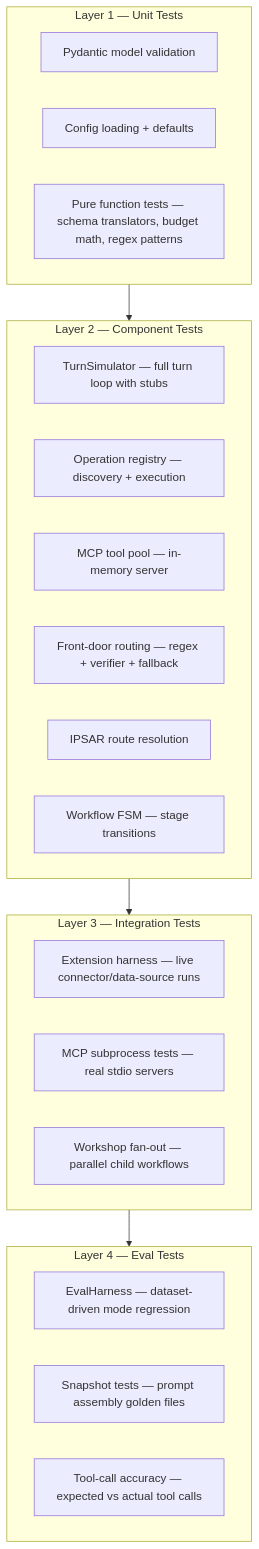
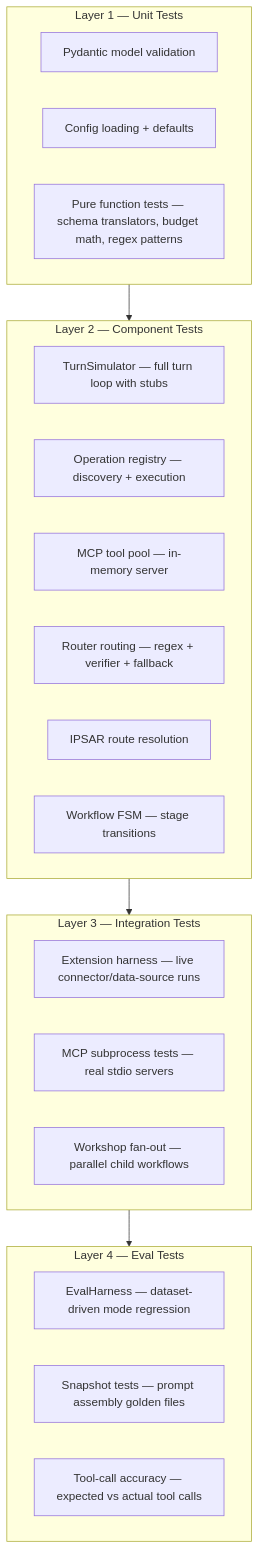
The diagram in docs/TESTING_FRAMEWORK_SPEC.md (Lisa-Harness/lisa), drawn with Mermaid before and after one commit. The commit also changed other lines of this file and 59 other files, not shown here.

````diff
--- a/docs/TESTING_FRAMEWORK_SPEC.md
+++ b/docs/TESTING_FRAMEWORK_SPEC.md
@@ -24,31 +24,31 @@
 ```mermaid
 flowchart TD
     subgraph Layer1[Layer 1 — Unit Tests]
         UT[Pydantic model validation]
         CFG[Config loading + defaults]
         PURE[Pure function tests — schema translators, budget math, regex patterns]
     end
 
     subgraph Layer2[Layer 2 — Component Tests]
         TURN[TurnSimulator — full turn loop with stubs]
         OPS[Operation registry — discovery + execution]
         MCP[MCP tool pool — in-memory server]
-        FRONT[Front-door routing — regex + verifier + fallback]
+        FRONT[Router routing — regex + verifier + fallback]
         IPSAR[IPSAR route resolution]
         FSM[Workflow FSM — stage transitions]
     end
 
     subgraph Layer3[Layer 3 — Integration Tests]
         EXT[Extension harness — live connector/data-source runs]
         MCPLIVE[MCP subprocess tests — real stdio servers]
         WORKSHOP[Workshop fan-out — parallel child workflows]
     end
 
     subgraph Layer4[Layer 4 — Eval Tests]
         EVAL[EvalHarness — dataset-driven mode regression]
         SNAP[Snapshot tests — prompt assembly golden files]
         TOOLACC[Tool-call accuracy — expected vs actual tool calls]
     end
 
     Layer1 --> Layer2 --> Layer3 --> Layer4
 ```
````
